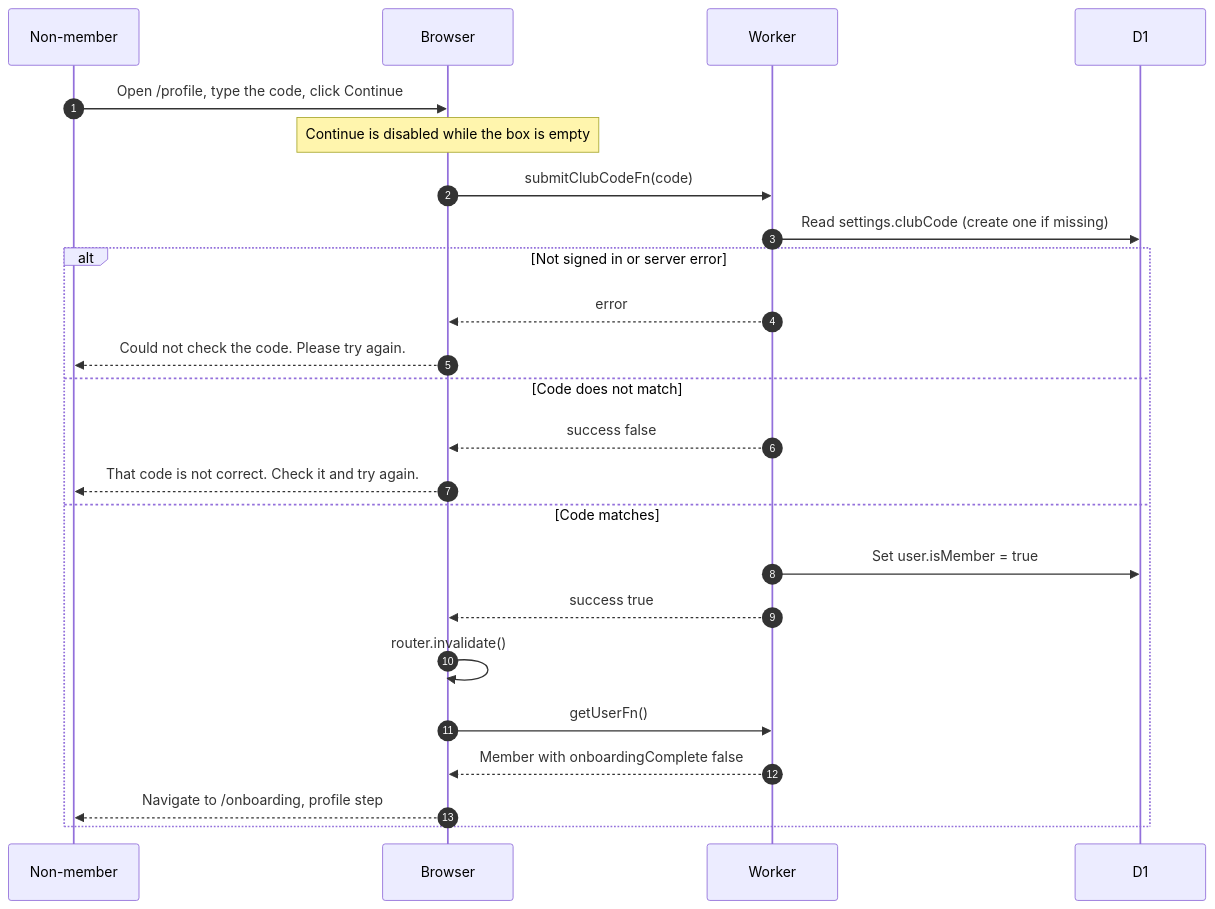
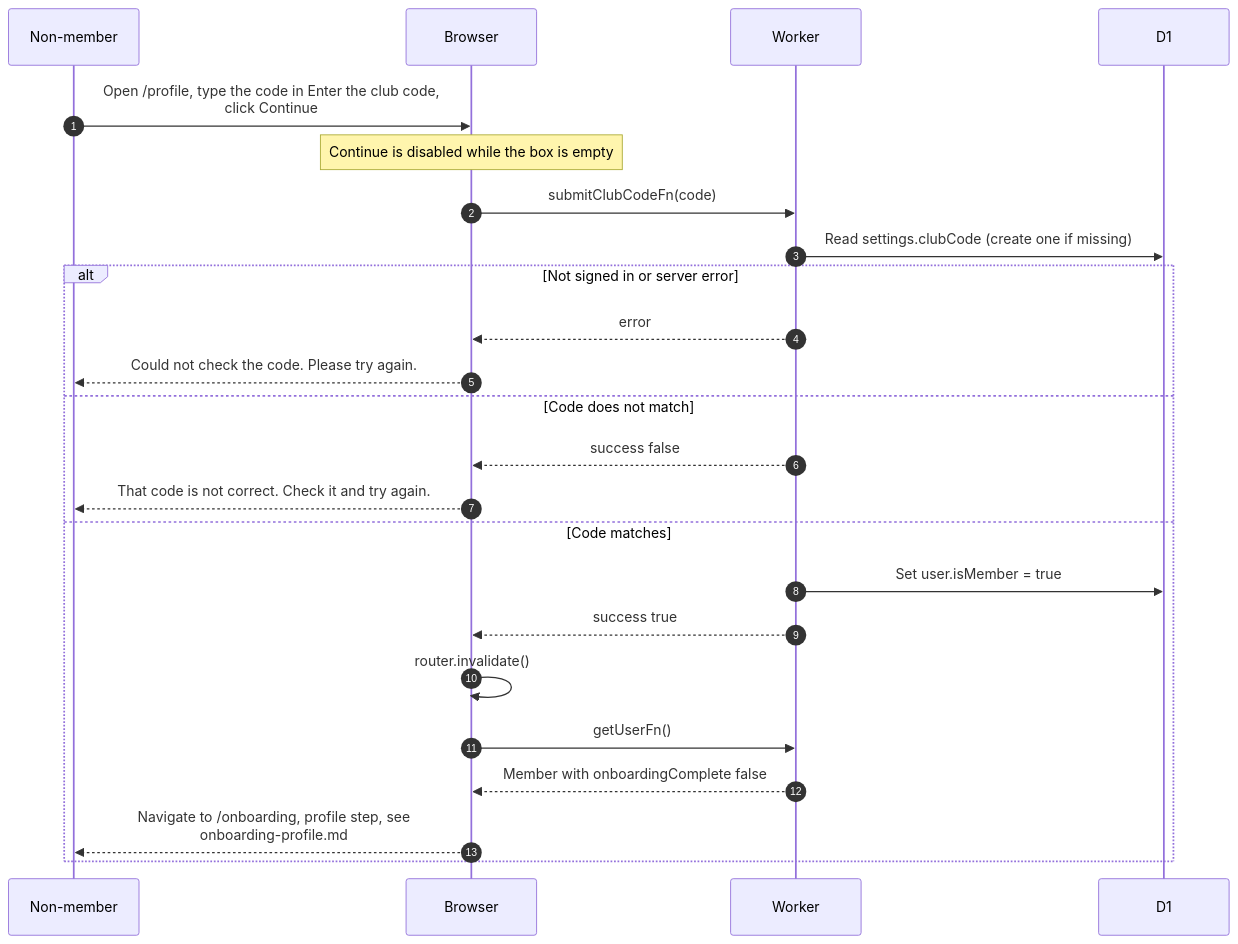
One commit to sagyzdop/meriksirat changed the diagram in docs/scenarios/account/join-club.md. Above: the diagram before and after it, drawn with Mermaid. The commit also changed other lines of this file and 12 other files, not shown here.

Commit message:
docs(scenarios): verify account diagrams against the code

````diff
--- a/docs/scenarios/account/join-club.md
+++ b/docs/scenarios/account/join-club.md
@@ -21,26 +22,26 @@
 ```mermaid
 sequenceDiagram
     autonumber
     participant P as Non-member
     participant B as Browser
     participant W as Worker
     participant D as D1
-    P->>B: Open /profile, type the code, click Continue
+    P->>B: Open /profile, type the code in Enter the club code,<br/>click Continue
     Note over B: Continue is disabled while the box is empty
     B->>W: submitClubCodeFn(code)
     W->>D: Read settings.clubCode (create one if missing)
     alt Not signed in or server error
         W-->>B: error
         B-->>P: Could not check the code. Please try again.
     else Code does not match
         W-->>B: success false
         B-->>P: That code is not correct. Check it and try again.
     else Code matches
         W->>D: Set user.isMember = true
         W-->>B: success true
         B->>B: router.invalidate()
         B->>W: getUserFn()
         W-->>B: Member with onboardingComplete false
-        B-->>P: Navigate to /onboarding, profile step
+        B-->>P: Navigate to /onboarding, profile step, see<br/>onboarding-profile.md
     end
 ```
````
